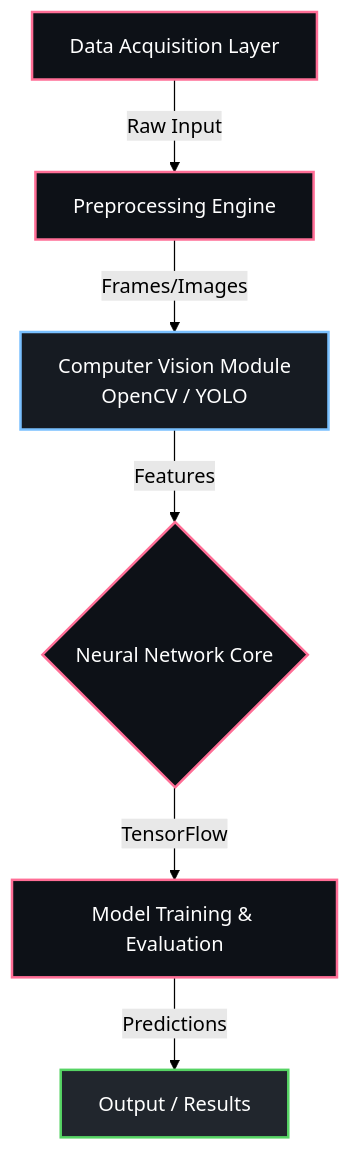
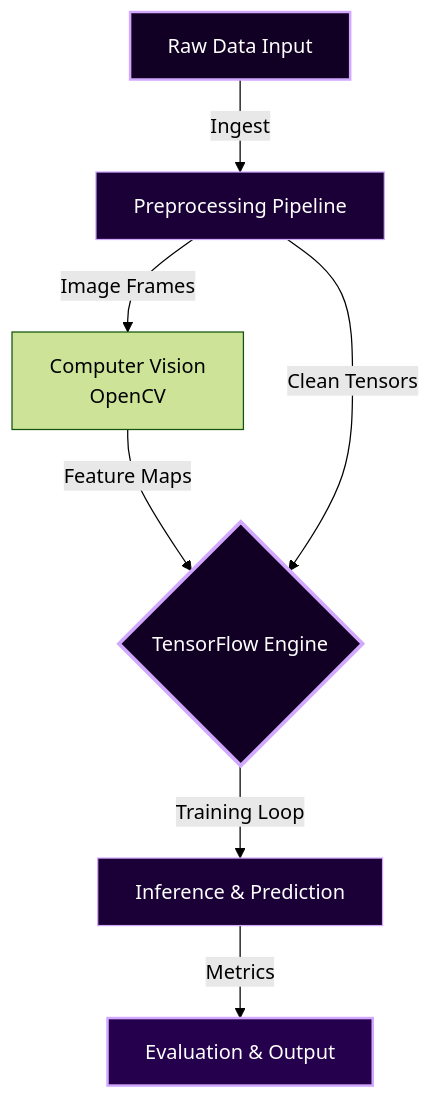
Before and after one commit to Nytrynox/Gesture-Control-System: the diagram in README.md, drawn with Mermaid (forest theme). The commit also changed other lines of this file, not shown here.

````diff
--- a/README.md
+++ b/README.md
@@ -30,16 +35,15 @@
 ```mermaid
 graph TD;
-    A["Data Acquisition Layer"] -->|Raw Input| B["Preprocessing Engine"];
-    B -->|Frames/Images| C["Computer Vision Module<br/>OpenCV / YOLO"];
-    C -->|Features| D{"Neural Network Core"};
-    D -->|TensorFlow| E["Model Training & Evaluation"];
-    E -->|Predictions| F["Output / Results"];
+    A["Raw Data Input"] -->|"Ingest"| B["Preprocessing Pipeline"];
+    B -->|"Image Frames"| CV["Computer Vision<br/>OpenCV"];
+    CV -->|"Feature Maps"| D;
+    B -->|"Clean Tensors"| D{"TensorFlow Engine"};
+    D -->|"Training Loop"| E["Inference & Prediction"];
+    E -->|"Metrics"| F["Evaluation & Output"];
 
-    classDef ml fill:#0d1117,stroke:#ff6e96,stroke-width:2px,color:#fff;
-    classDef cv fill:#161b22,stroke:#79c0ff,stroke-width:2px,color:#fff;
-    classDef web fill:#21262d,stroke:#56d364,stroke-width:2px,color:#fff;
-    class A,B ml;
-    class C cv;
-    class D,E ml;
-    class F,G web;
+    style A fill:#120024,stroke:#d2a8ff,stroke-width:2px,color:#fff
+    style B fill:#1a0036,stroke:#d2a8ff,stroke-width:1px,color:#fff
+    style D fill:#120024,stroke:#d2a8ff,stroke-width:3px,color:#fff
+    style E fill:#1a0036,stroke:#d2a8ff,stroke-width:1px,color:#fff
+    style F fill:#24004d,stroke:#d2a8ff,stroke-width:2px,color:#fff
 ```
````
